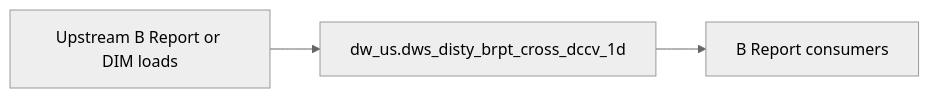
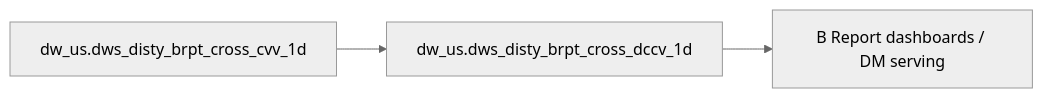
The diagram in backend/defaults/b_report/workspace/target/knowledgebase/b-report-us/dws_disty_brpt_cross_dccv_1d.md (chengduhaha/data_agent), drawn with Mermaid (neutral theme) before and after one commit. The commit also changed other lines of this file and 1108 other files, not shown here.

````diff
--- a/backend/defaults/b_report/workspace/target/knowledgebase/b-report-us/dws_disty_brpt_cross_dccv_1d.md
+++ b/backend/defaults/b_report/workspace/target/knowledgebase/b-report-us/dws_disty_brpt_cross_dccv_1d.md
@@ -153,8 +267,8 @@
 ```mermaid
 flowchart LR
-  upstream[Upstream B Report or DIM loads]
-  tgt["dw_us.dws_disty_brpt_cross_dccv_1d"]
-  brpt[B Report consumers]
-  upstream --> tgt
-  tgt --> brpt
+  dw_us_dws_disty_brpt_cross_dccv_1d["dw_us.dws_disty_brpt_cross_dccv_1d"]
+  src0["dw_us.dws_disty_brpt_cross_cvv_1d"]
+  src0 --> dw_us_dws_disty_brpt_cross_dccv_1d
+  consumers["B Report dashboards / DM serving"]
+  dw_us_dws_disty_brpt_cross_dccv_1d --> consumers
 ```
````
